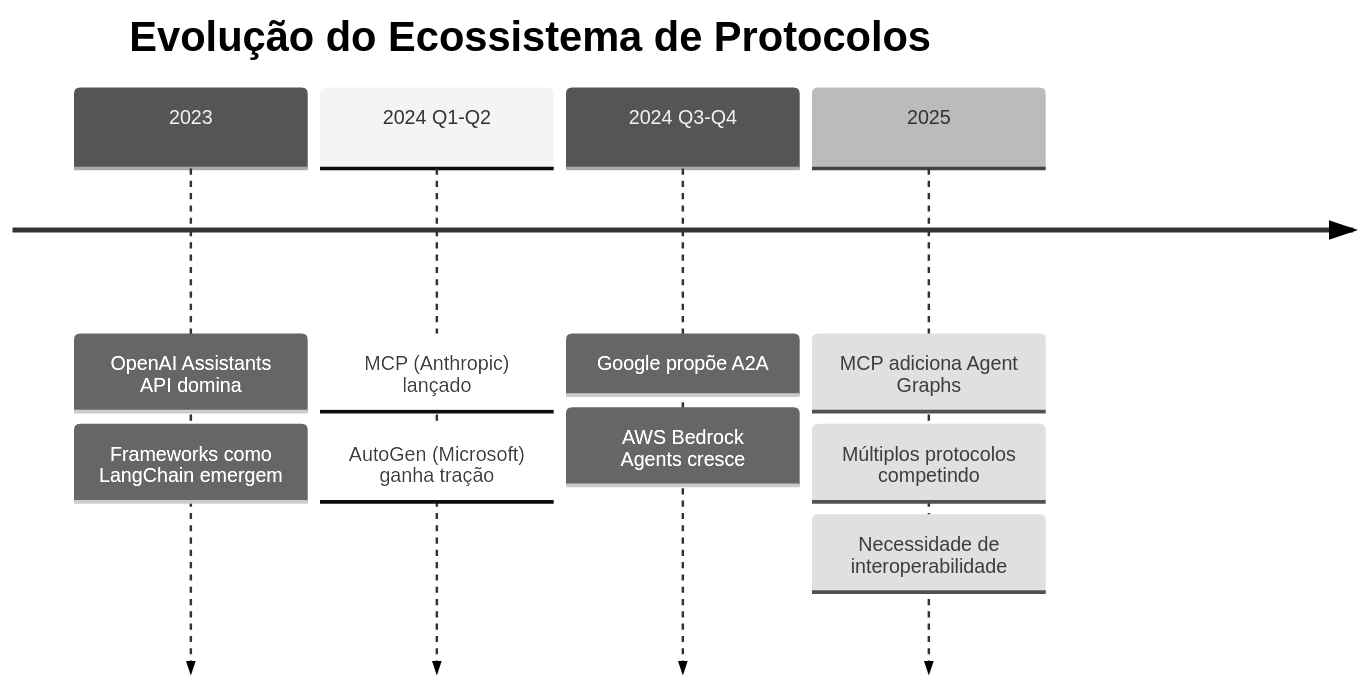
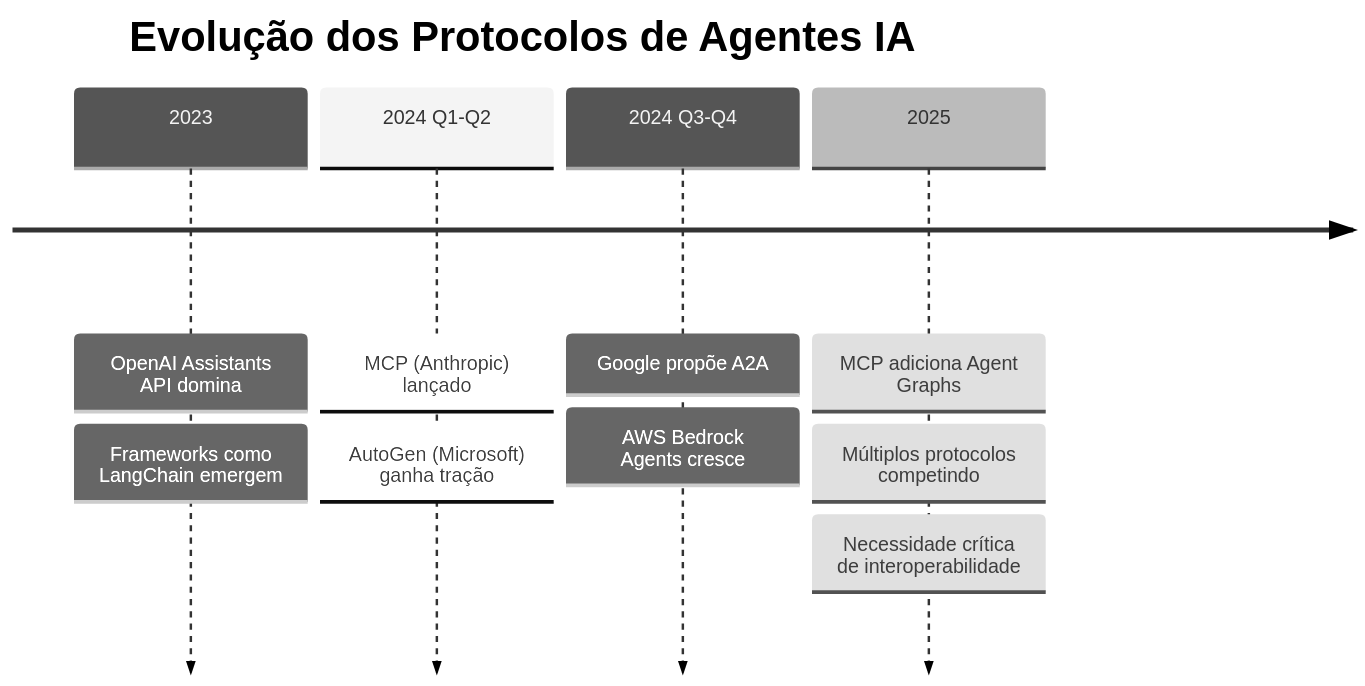
One commit to felipepimentel/my-public-notes changed the first of 7 diagrams in docs/AI/Comunicação/00-ai-comunicação-design docs.md. Above: the diagram before and after it, drawn with Mermaid (neutral theme). The commit also changed other lines of this file, not shown here.

````diff
--- a/docs/AI/Comunicação/00-ai-comunicação-design docs.md
+++ b/docs/AI/Comunicação/00-ai-comunicação-design docs.md
@@ -9,13 +13,13 @@
 ```mermaid
 timeline
-    title Evolução do Ecossistema de Protocolos
+    title Evolução dos Protocolos de Agentes IA
     2023 : OpenAI Assistants API domina
          : Frameworks como LangChain emergem
     2024 Q1-Q2 : MCP (Anthropic) lançado
                : AutoGen (Microsoft) ganha tração
     2024 Q3-Q4 : Google propõe A2A
                : AWS Bedrock Agents cresce
     2025 : MCP adiciona Agent Graphs
          : Múltiplos protocolos competindo
-         : Necessidade de interoperabilidade
+         : Necessidade crítica de interoperabilidade
 ```
````
